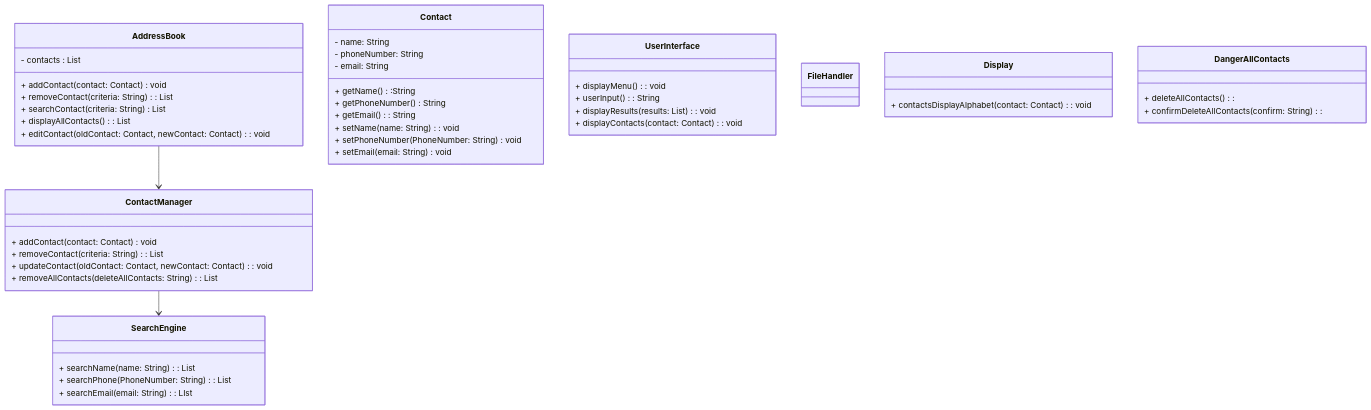
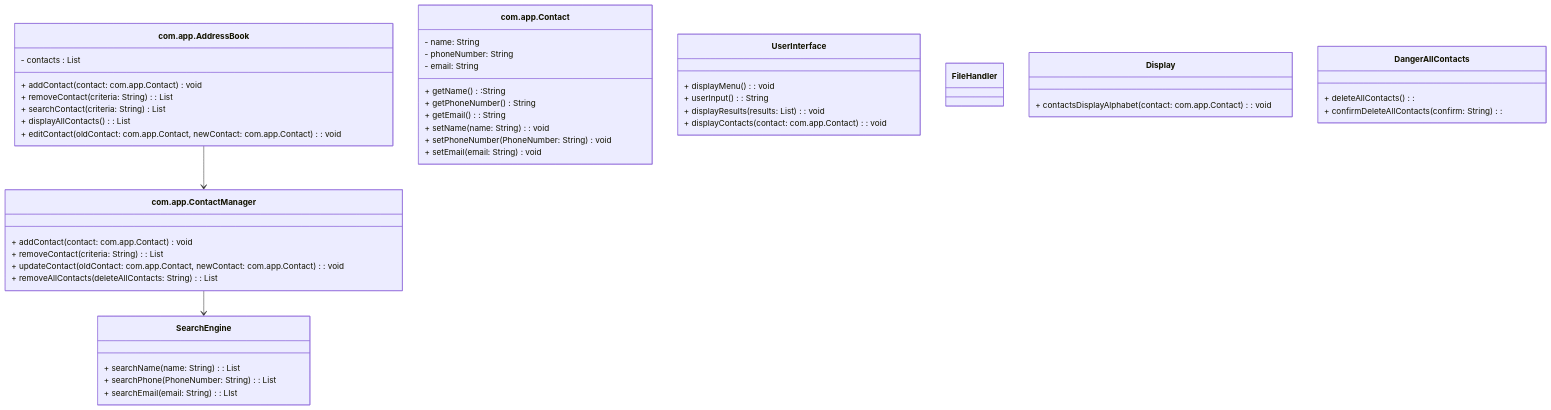
The diagram in docs/class diagram.mermaid (VSeaman8/DF-Challenge-3-Address-book), drawn with Mermaid before and after one commit. The commit also changed 9 other files, not shown here.

Commit message:
UPDATED: restructured files per Java conventions, Test 1 ContactManager adds contact to Contact Passes

```diff
--- a/docs/class diagram.mermaid
+++ b/docs/class diagram.mermaid
@@ -1,59 +1,59 @@
 classDiagram
 
-    class AddressBook{
-        - contacts : List<Contact>
-        + addContact(contact: Contact) void
-        + removeContact(criteria: String): List<Contact>
-        + searchContact(criteria: String) List<Contact>
-        + displayAllContacts(): List<Contact>
-        + editContact(oldContact: Contact, newContact: Contact): void
+    class com.app.AddressBook{
+        - contacts : List<com.app.Contact>
+        + addContact(contact: com.app.Contact) void
+        + removeContact(criteria: String): List<com.app.Contact>
+        + searchContact(criteria: String) List<com.app.Contact>
+        + displayAllContacts(): List<com.app.Contact>
+        + editContact(oldContact: com.app.Contact, newContact: com.app.Contact): void
     }
 
-    class Contact{
+    class com.app.Contact{
         - name: String
         - phoneNumber: String
         - email: String
         + getName():String
         + getPhoneNumber() String
         + getEmail(): String
         + setName(name: String): void
         + setPhoneNumber(PhoneNumber: String) void
         + setEmail(email: String) void
     }
 
-    class ContactManager {
-        + addContact(contact: Contact) void
-        + removeContact(criteria: String): List<Contact>
-        + updateContact(oldContact: Contact, newContact: Contact): void
-        + removeAllContacts(deleteAllContacts: String): List<Contact>
+    class com.app.ContactManager {
+        + addContact(contact: com.app.Contact) void
+        + removeContact(criteria: String): List<com.app.Contact>
+        + updateContact(oldContact: com.app.Contact, newContact: com.app.Contact): void
+        + removeAllContacts(deleteAllContacts: String): List<com.app.Contact>
 
     }
 
     class SearchEngine {
-        + searchName(name: String): List<Contact>
-        + searchPhone(PhoneNumber: String): List<Contact>
-        + searchEmail(email: String): LIst<Contact>
+        + searchName(name: String): List<com.app.Contact>
+        + searchPhone(PhoneNumber: String): List<com.app.Contact>
+        + searchEmail(email: String): LIst<com.app.Contact>
 
     }
 
     class UserInterface {
     + displayMenu(): void
     + userInput(): String
-    + displayResults(results: List<Contact>): void
-    + displayContacts(contact: Contact): void
+    + displayResults(results: List<com.app.Contact>): void
+    + displayContacts(contact: com.app.Contact): void
     }
 
     class FileHandler {
 
     }
 
     class Display {
-        + contactsDisplayAlphabet(contact: Contact): void
+        + contactsDisplayAlphabet(contact: com.app.Contact): void
     }
     class DangerAllContacts {
         + deleteAllContacts():
         + confirmDeleteAllContacts(confirm: String):
     }
 
-AddressBook  --> ContactManager
-ContactManager --> SearchEngine
+com.app.AddressBook  --> com.app.ContactManager
+com.app.ContactManager --> SearchEngine
```
